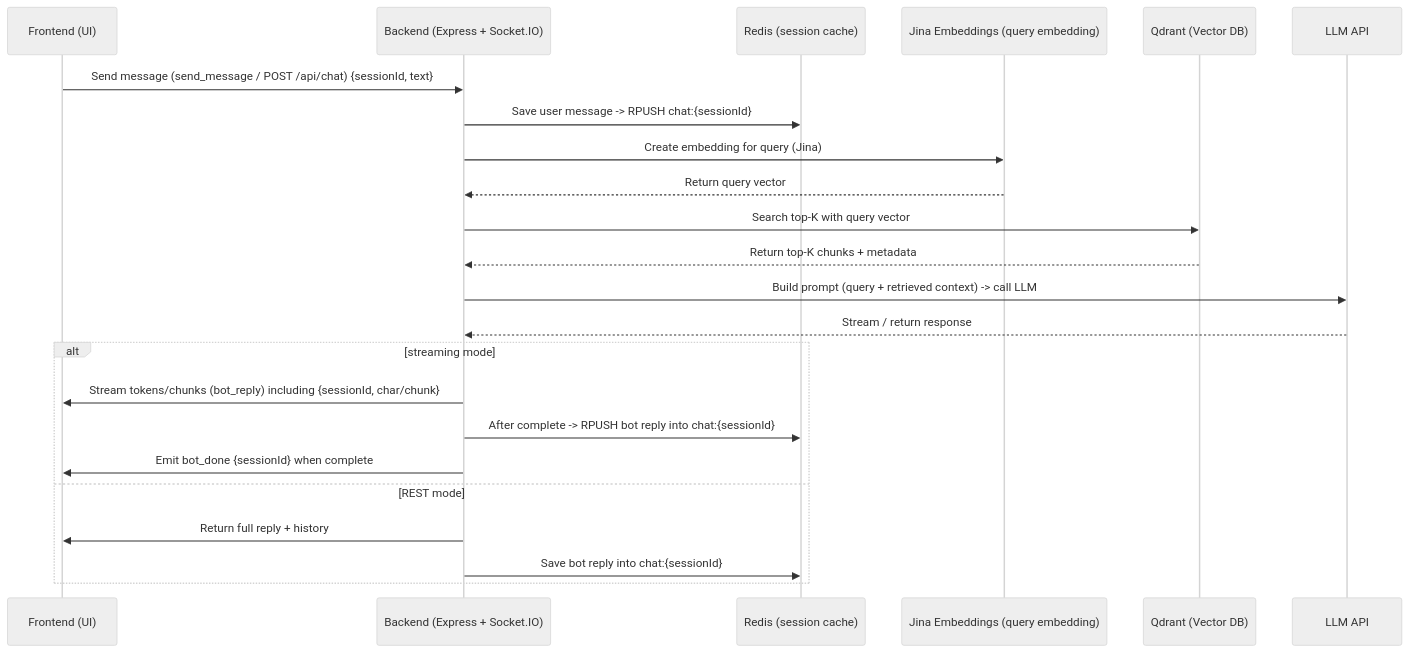
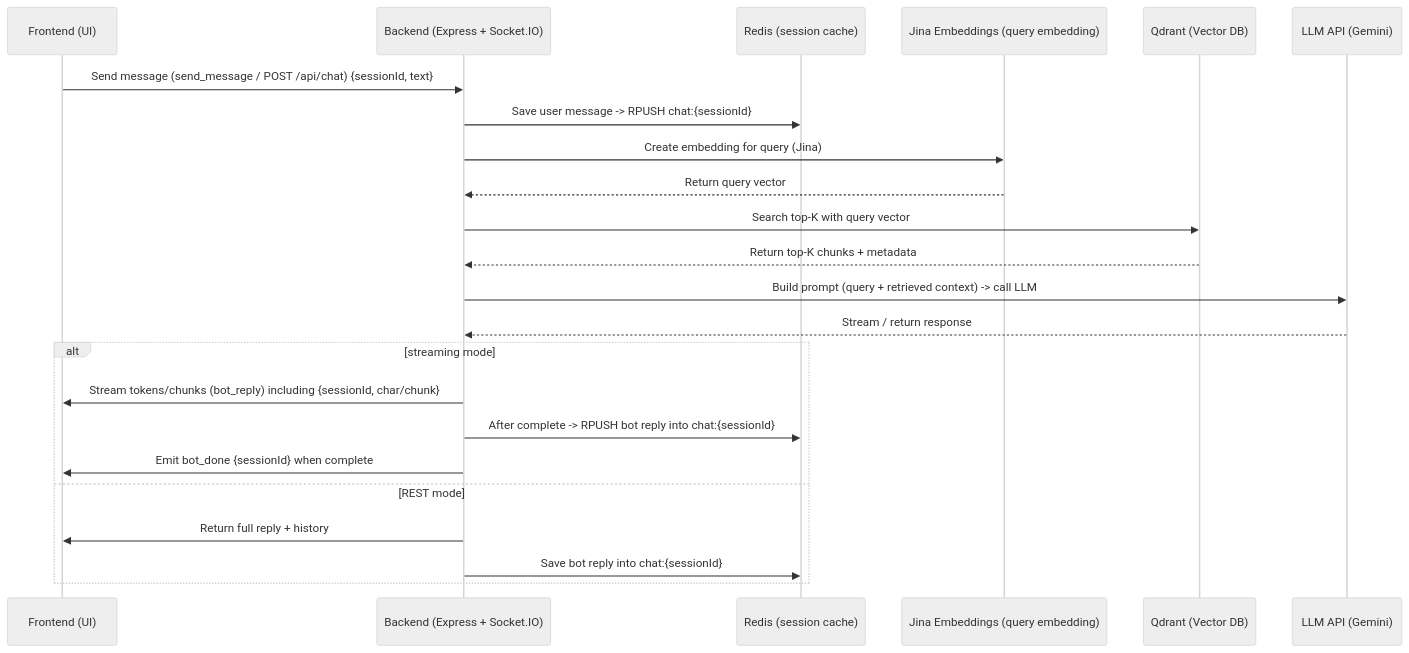
One commit to daksh890/RAG-Chatbot-backend changed the second of 2 diagrams in readme.md. Above: the diagram before and after it, drawn with Mermaid (neutral theme). The commit also changed other lines of this file, not shown here.

````diff
--- a/readme.md
+++ b/readme.md
@@ -190,26 +190,26 @@
 ```mermaid
 sequenceDiagram
   participant F as Frontend (UI)
   participant B as Backend (Express + Socket.IO)
   participant R as Redis (session cache)
   participant J as Jina Embeddings (query embedding)
   participant Q as Qdrant (Vector DB)
-  participant L as LLM API
+  participant L as LLM API (Gemini)
 
   F->>B: Send message (send_message / POST /api/chat) {sessionId, text}
   B->>R: Save user message -> RPUSH chat:{sessionId}
   B->>J: Create embedding for query (Jina)
   J-->>B: Return query vector
   B->>Q: Search top-K with query vector
   Q-->>B: Return top-K chunks + metadata
   B->>L: Build prompt (query + retrieved context) -> call LLM
   L-->>B: Stream / return response
   alt streaming mode
     B->>F: Stream tokens/chunks (bot_reply) including {sessionId, char/chunk}
     B->>R: After complete -> RPUSH bot reply into chat:{sessionId}
     B->>F: Emit bot_done {sessionId} when complete
   else REST mode
     B->>F: Return full reply + history
     B->>R: Save bot reply into chat:{sessionId}
   end
 ```
````
